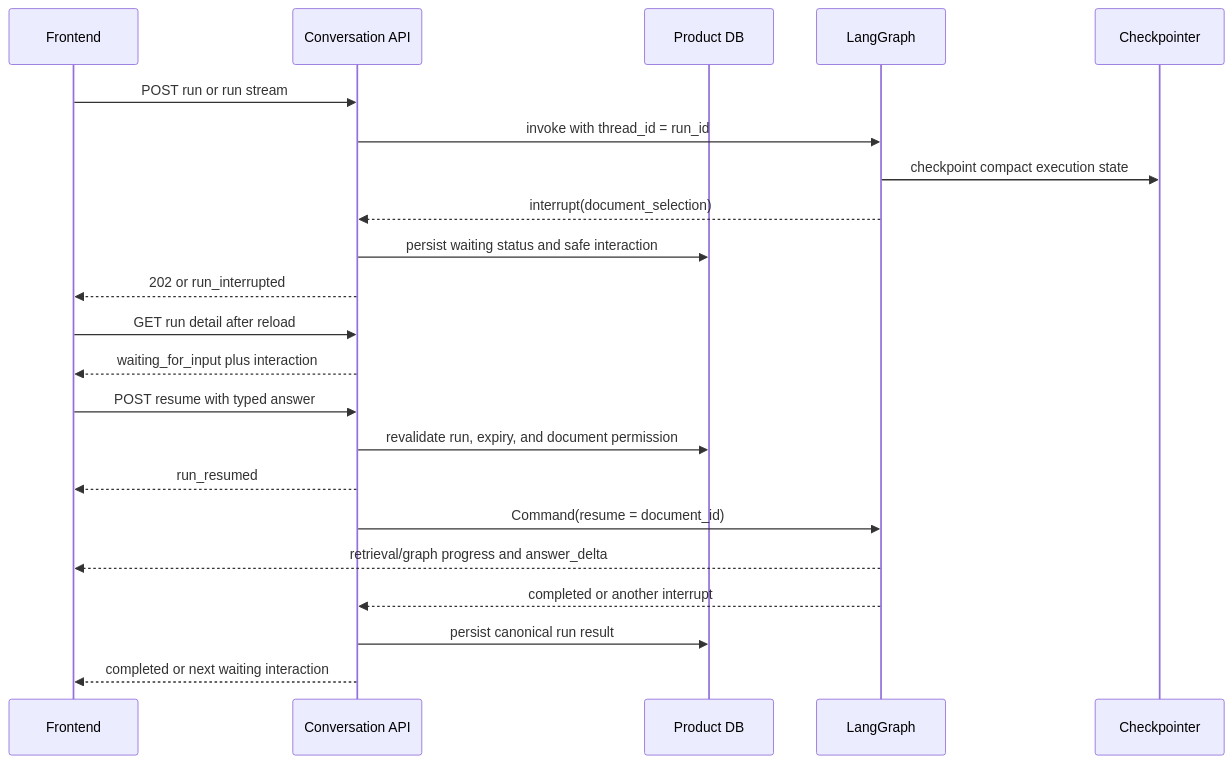
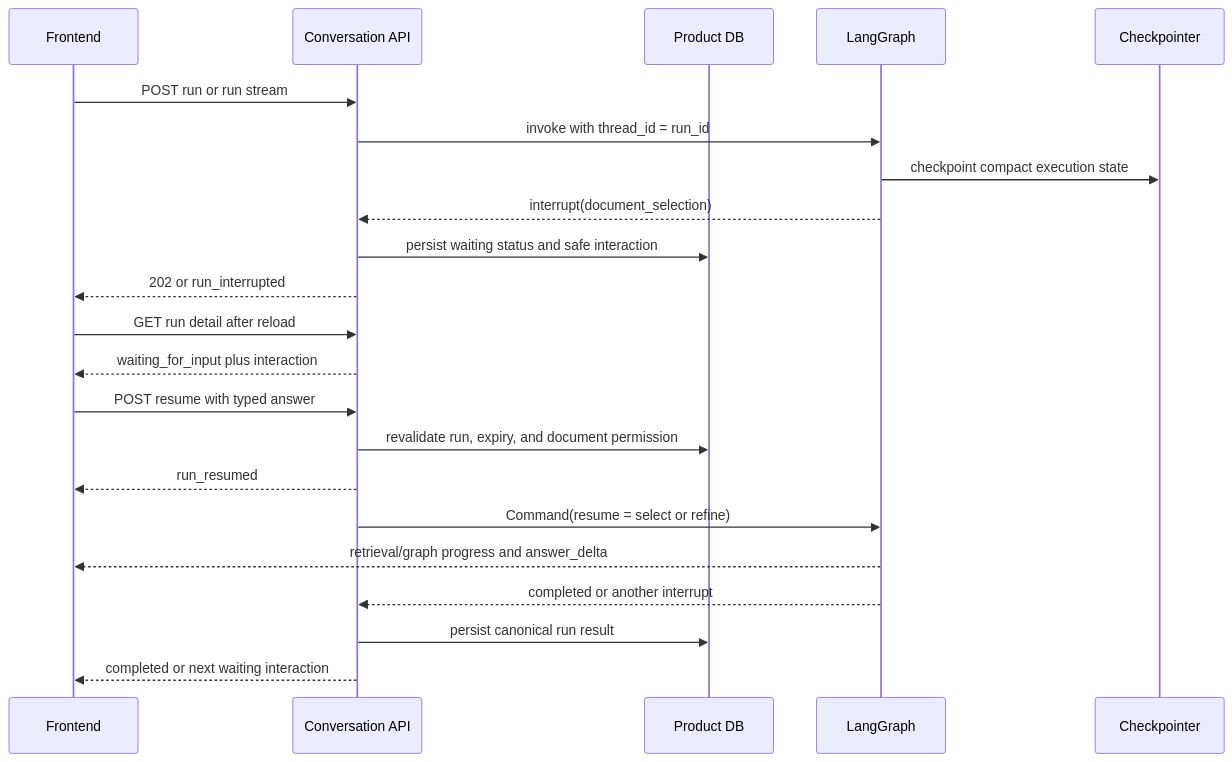
One commit to heecheon92/my-agents changed the first of 2 diagrams in docs/product-chat-service/en/27-agent-frontend-interaction-contract.md. Above: the diagram before and after it, drawn with Mermaid. The commit also changed other lines of this file and 25 other files, not shown here.

````diff
--- a/docs/product-chat-service/en/27-agent-frontend-interaction-contract.md
+++ b/docs/product-chat-service/en/27-agent-frontend-interaction-contract.md
@@ -92,25 +116,25 @@
 ```mermaid
 sequenceDiagram
     participant UI as Frontend
     participant API as Conversation API
     participant DB as Product DB
     participant Graph as LangGraph
     participant CP as Checkpointer
 
     UI->>API: POST run or run stream
     API->>Graph: invoke with thread_id = run_id
     Graph->>CP: checkpoint compact execution state
     Graph-->>API: interrupt(document_selection)
     API->>DB: persist waiting status and safe interaction
     API-->>UI: 202 or run_interrupted
     UI->>API: GET run detail after reload
     API-->>UI: waiting_for_input plus interaction
     UI->>API: POST resume with typed answer
     API->>DB: revalidate run, expiry, and document permission
     API-->>UI: run_resumed
-    API->>Graph: Command(resume = document_id)
+    API->>Graph: Command(resume = select or refine)
     Graph-->>UI: retrieval/graph progress and answer_delta
     Graph-->>API: completed or another interrupt
     API->>DB: persist canonical run result
     API-->>UI: completed or next waiting interaction
 ```
````
